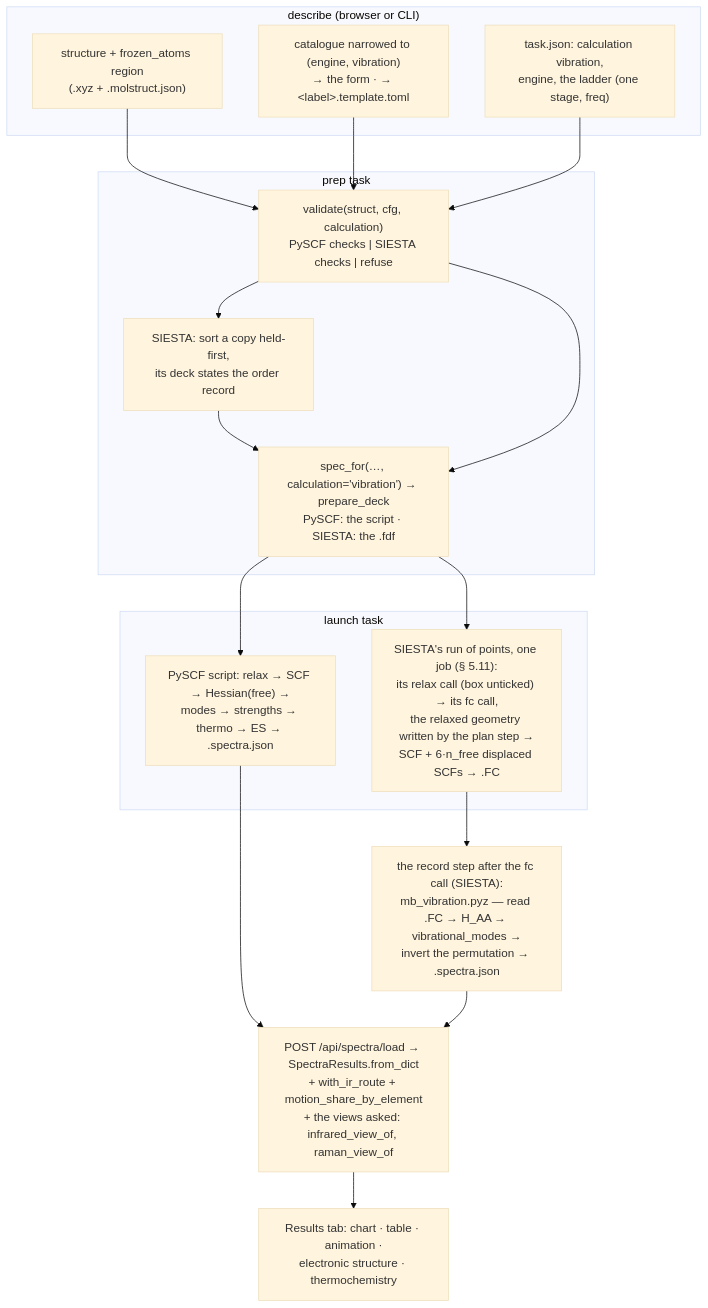
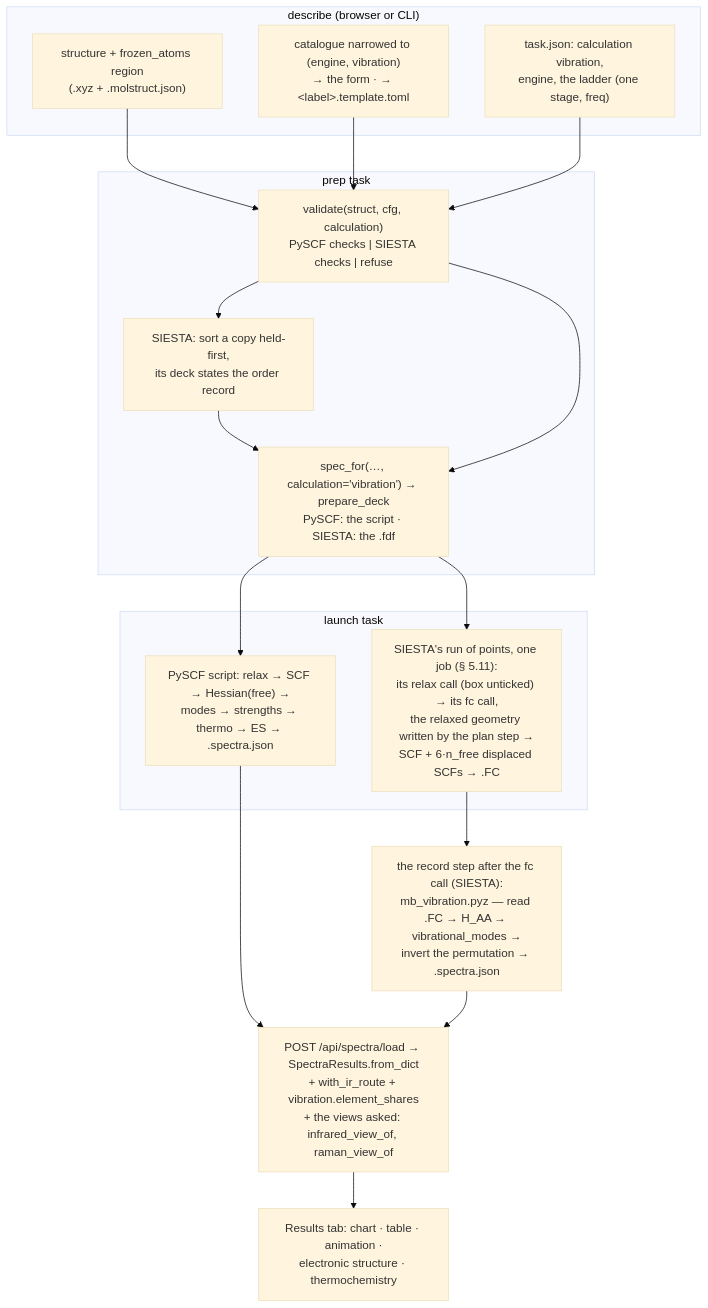
One commit to Qing-LAB/molbuilder changed the second of 2 diagrams in docs/engines/vibration.md. Above: the diagram before and after it, drawn with Mermaid (base theme). The commit also changed other lines of this file and 32 other files, not shown here.

````diff
--- a/docs/engines/vibration.md
+++ b/docs/engines/vibration.md
@@ -4020,23 +4064,23 @@
 ```mermaid
 flowchart TB
   subgraph describe["describe (browser or CLI)"]
     ST["structure + frozen_atoms region<br/>(.xyz + .molstruct.json)"]
     CAT["catalogue narrowed to (engine, vibration)<br/>→ the form · → &lt;label&gt;.template.toml"]
     TJ["task.json: calculation vibration,<br/>engine, the ladder (one stage, freq)"]
   end
   subgraph prep["prep task"]
     G["validate(struct, cfg, calculation)<br/>PySCF checks #124; SIESTA checks #124; refuse"]
     SORT["SIESTA: sort a copy held-first,<br/>its deck states the order record"]
     D["spec_for(…, calculation='vibration') → prepare_deck<br/>PySCF: the script · SIESTA: the .fdf"]
   end
   subgraph run["launch task"]
     PY["PySCF script: relax → SCF → Hessian(free) →<br/>modes → strengths → thermo → ES → .spectra.json"]
     SR["SIESTA's run of points, one job (§ 5.11):<br/>its relax call (box unticked) → its fc call,<br/>the relaxed geometry written by the plan step →<br/>SCF + 6·n_free displaced SCFs → .FC"]
   end
   SUM["the record step after the fc call (SIESTA):<br/>mb_vibration.pyz — read .FC → H_AA → vibrational_modes →<br/>invert the permutation → .spectra.json"]
-  LOAD["POST /api/spectra/load → SpectraResults.from_dict<br/>+ with_ir_route + motion_share_by_element<br/>+ the views asked: infrared_view_of, raman_view_of"]
+  LOAD["POST /api/spectra/load → SpectraResults.from_dict<br/>+ with_ir_route + vibration.element_shares<br/>+ the views asked: infrared_view_of, raman_view_of"]
   VIEW["Results tab: chart · table · animation ·<br/>electronic structure · thermochemistry"]
   ST --> G; CAT --> G; TJ --> G; G --> SORT --> D; G --> D
   D --> PY; D --> SR
   SR --> SUM; PY --> LOAD; SUM --> LOAD; LOAD --> VIEW
 ```
````
